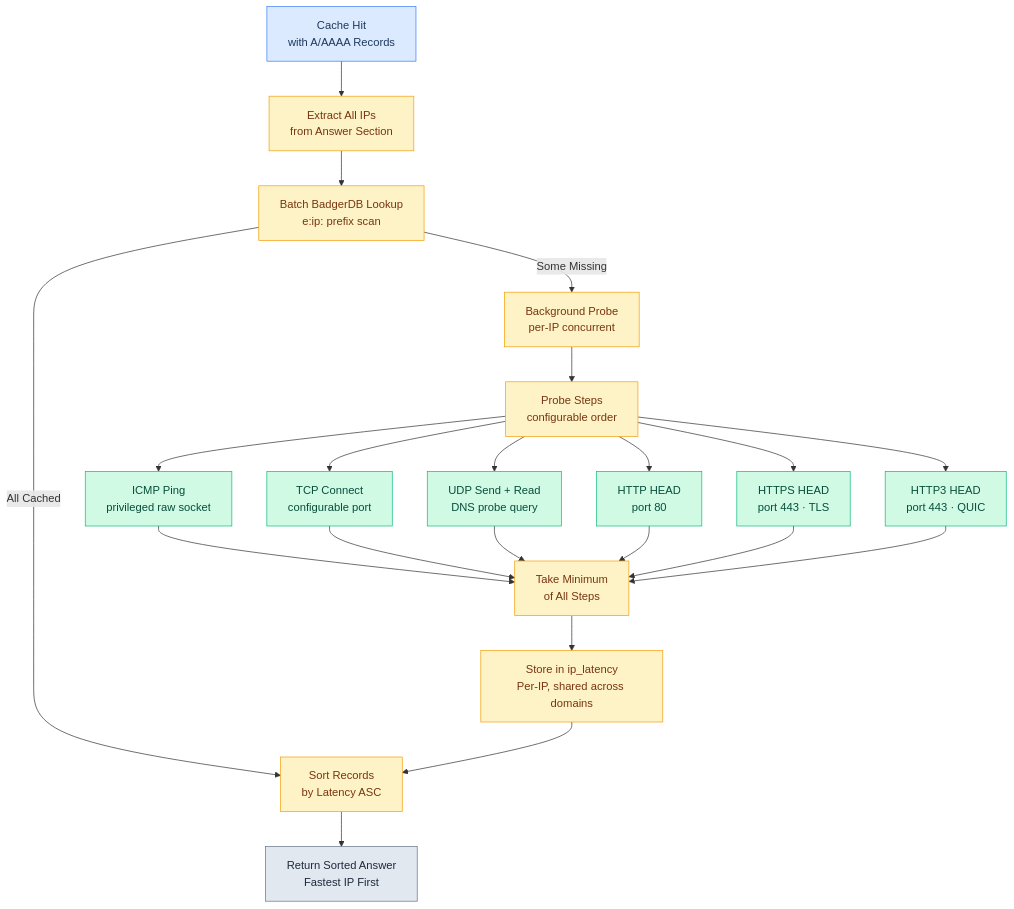
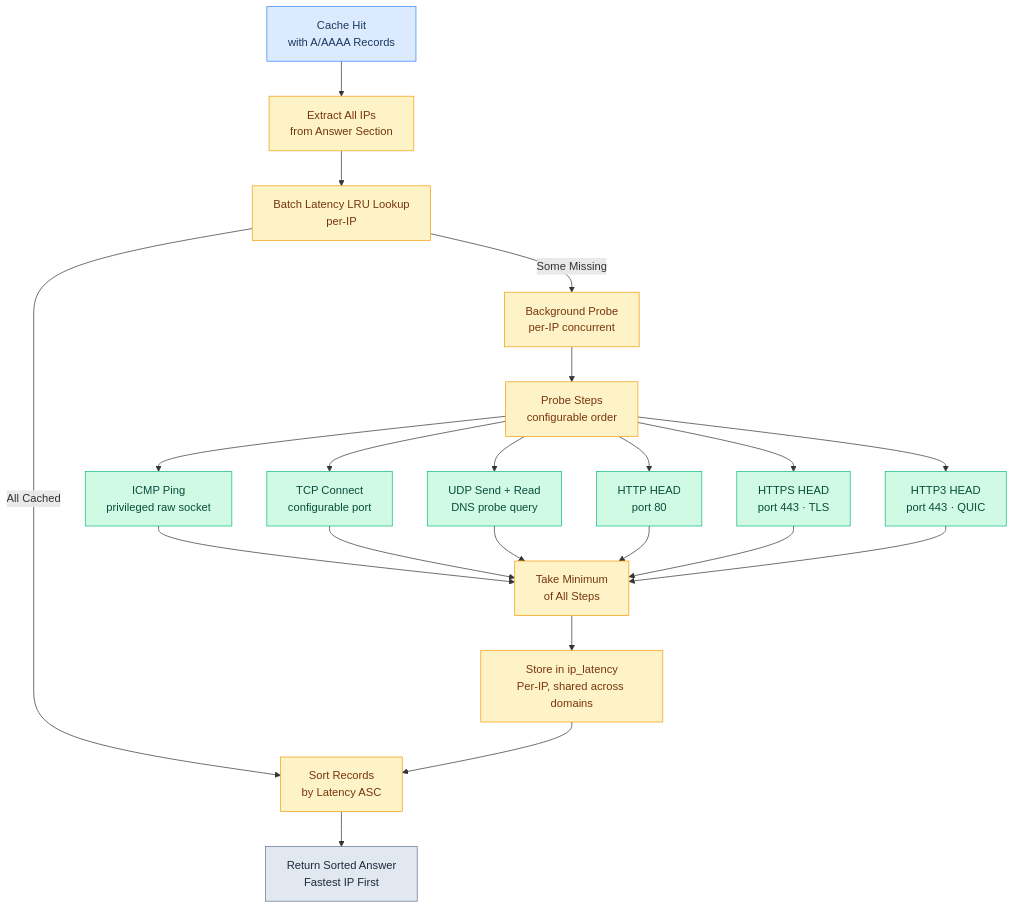
Diagram 19 of 26 in docs/FLOWCHARTS.md (hezhijie0327/ZJDNS), drawn with Mermaid before and after one commit. The commit also changed other lines of this file and 34 other files, not shown here.

````diff
--- a/docs/FLOWCHARTS.md
+++ b/docs/FLOWCHARTS.md
@@ -485,35 +485,35 @@
 ```mermaid
 graph TD
     QUERY[Cache Hit<br/>with A/AAAA Records] --> EXTRACT[Extract All IPs<br/>from Answer Section]
-    EXTRACT --> BATCH[Batch BadgerDB Lookup<br/>e:ip: prefix scan]
+    EXTRACT --> BATCH[Batch Latency LRU Lookup<br/>per-IP]
     BATCH -->|All Cached| SORT[Sort Records<br/>by Latency ASC]
     BATCH -->|Some Missing| PROBE[Background Probe<br/>per-IP concurrent]
 
     PROBE --> STEPS[Probe Steps<br/>configurable order]
     STEPS --> ICMP[ICMP Ping<br/>privileged raw socket]
     STEPS --> TCP[TCP Connect<br/>configurable port]
     STEPS --> UDP[UDP Send + Read<br/>DNS probe query]
     STEPS --> HTTP[HTTP HEAD<br/>port 80]
     STEPS --> HTTPS[HTTPS HEAD<br/>port 443 · TLS]
     STEPS --> HTTP3[HTTP3 HEAD<br/>port 443 · QUIC]
 
     ICMP --> AGG[Take Minimum<br/>of All Steps]
     TCP --> AGG
     UDP --> AGG
     HTTP --> AGG
     HTTPS --> AGG
     HTTP3 --> AGG
 
     AGG --> STORE[Store in ip_latency<br/>Per-IP, shared across domains]
     STORE --> SORT
 
     SORT --> RETURN[Return Sorted Answer<br/>Fastest IP First]
     classDef start fill:#dbeafe,stroke:#3b82f6,color:#1e3a5f
     classDef proc fill:#fef3c7,stroke:#f59e0b,color:#78350f
     classDef proto fill:#d1fae5,stroke:#10b981,color:#064e3b
     classDef out fill:#e2e8f0,stroke:#64748b,color:#1e293b
     class QUERY start
     class EXTRACT,BATCH,PROBE,STEPS,AGG,STORE,SORT proc
     class ICMP,TCP,UDP,HTTP,HTTPS,HTTP3 proto
     class RETURN out
 ```
````
